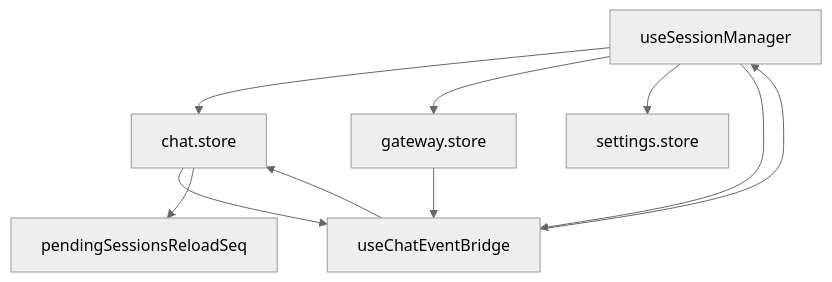
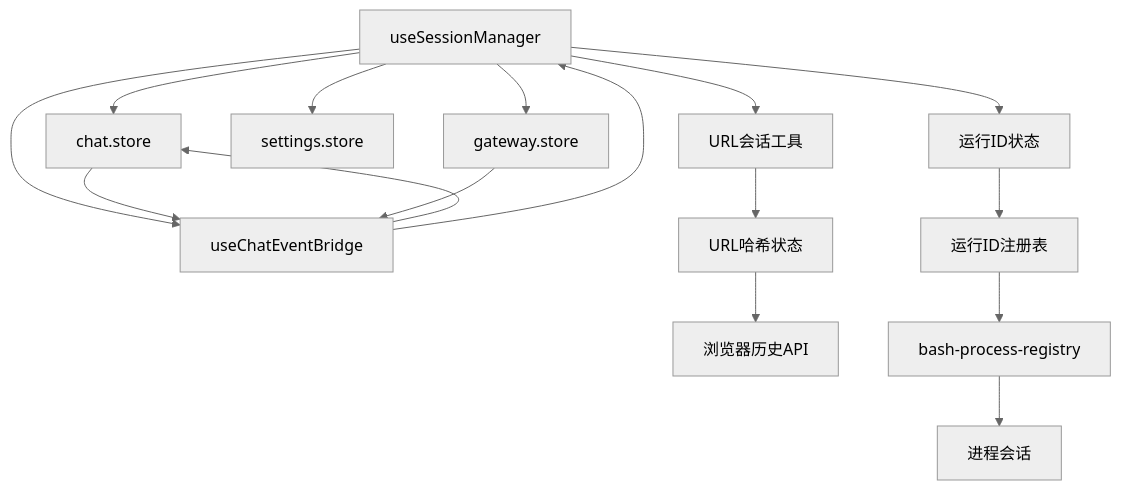
One commit to verse-ai-org/openclaw changed diagram 19 of 20 in .qoder/repowiki/zh/content/核心概念/会话管理.md. Above: the diagram before and after it, drawn with Mermaid (neutral theme). The commit also changed other lines of this file and 48 other files, not shown here.

````diff
--- a/.qoder/repowiki/zh/content/核心概念/会话管理.md
+++ b/.qoder/repowiki/zh/content/核心概念/会话管理.md
@@ -890,12 +1100,18 @@
 ```mermaid
 graph TB
 USM["useSessionManager"] --> CS["chat.store"]
 USM --> GS["gateway.store"]
 USM --> SS["settings.store"]
 USM --> CEB["useChatEventBridge"]
+USM --> URL["URL会话工具"]
+USM --> RID["运行ID状态"]
 CS --> CEB
 GS --> CEB
 CEB --> CS
 CEB --> USM
-CS --> PRL["pendingSessionsReloadSeq"]
+URL --> HASH["URL哈希状态"]
+HASH --> BROWSER["浏览器历史API"]
+RID --> RUNS["运行ID注册表"]
+RUNS --> BPR["bash-process-registry"]
+BPR --> PROC["进程会话"]
 ```
````
